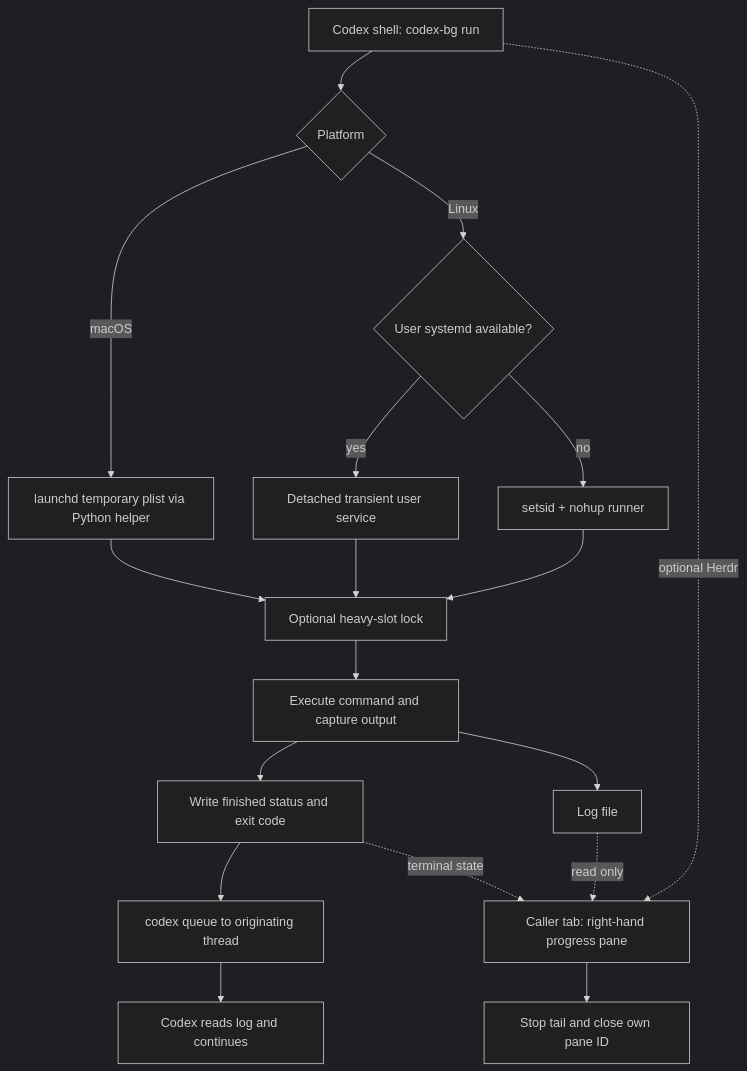
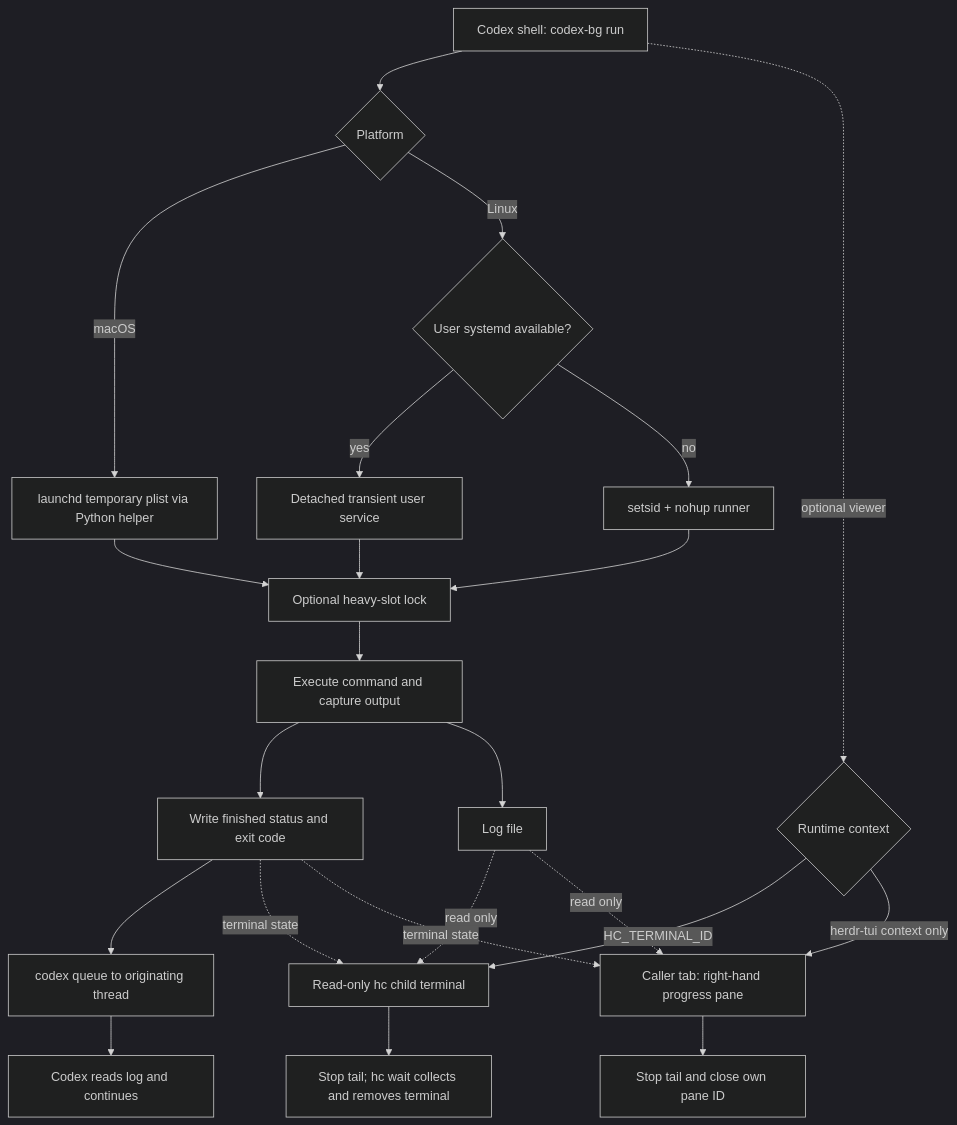
One commit to finnzio/codex-bg changed the diagram in docs/how-it-works.md. Above: the diagram before and after it, drawn with Mermaid (dark theme). The commit also changed other lines of this file and 8 other files, not shown here.

Commit message:
Support hc progress terminals alongside herdr-tui panes

````diff
--- a/docs/how-it-works.md
+++ b/docs/how-it-works.md
@@ -8,20 +8,25 @@
 ```mermaid
 flowchart TD
     A[Codex shell: codex-bg run] --> P{Platform}
     P -->|macOS| M[launchd temporary plist via Python helper]
     P -->|Linux| B{User systemd available?}
     B -->|yes| C[Detached transient user service]
     B -->|no| D[setsid + nohup runner]
     M --> E[Optional heavy-slot lock]
     C --> E
     D --> E
     E --> F[Execute command and capture output]
     F --> G[Write finished status and exit code]
     G --> H[codex queue to originating thread]
     H --> I[Codex reads log and continues]
-    A -. optional Herdr .-> J[Caller tab: right-hand progress pane]
+    A -. optional viewer .-> V{Runtime context}
+    V -->|HC_TERMINAL_ID| J[Read-only hc child terminal]
+    V -->|herdr-tui context only| T[Caller tab: right-hand progress pane]
     F --> K[Log file]
     K -. read only .-> J
+    K -. read only .-> T
     G -. terminal state .-> J
-    J --> L[Stop tail and close own pane ID]
+    G -. terminal state .-> T
+    J --> L[Stop tail; hc wait collects and removes terminal]
+    T --> U[Stop tail and close own pane ID]
 ```
````
